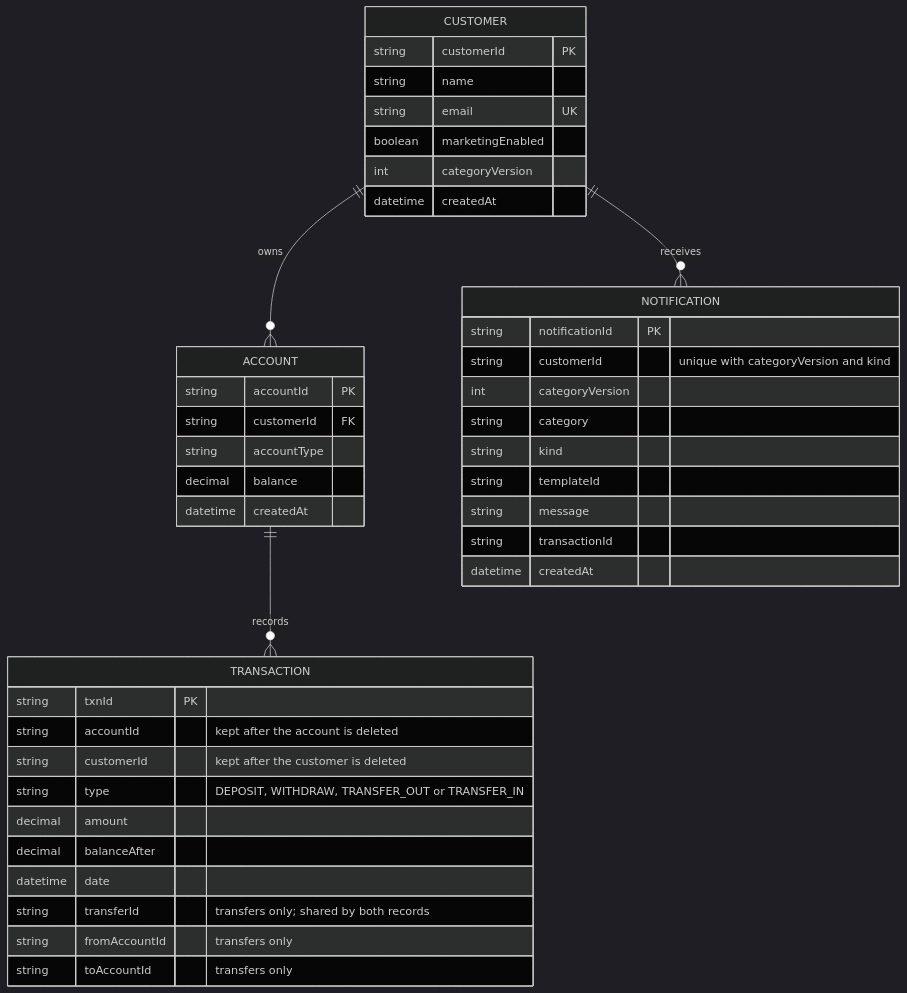
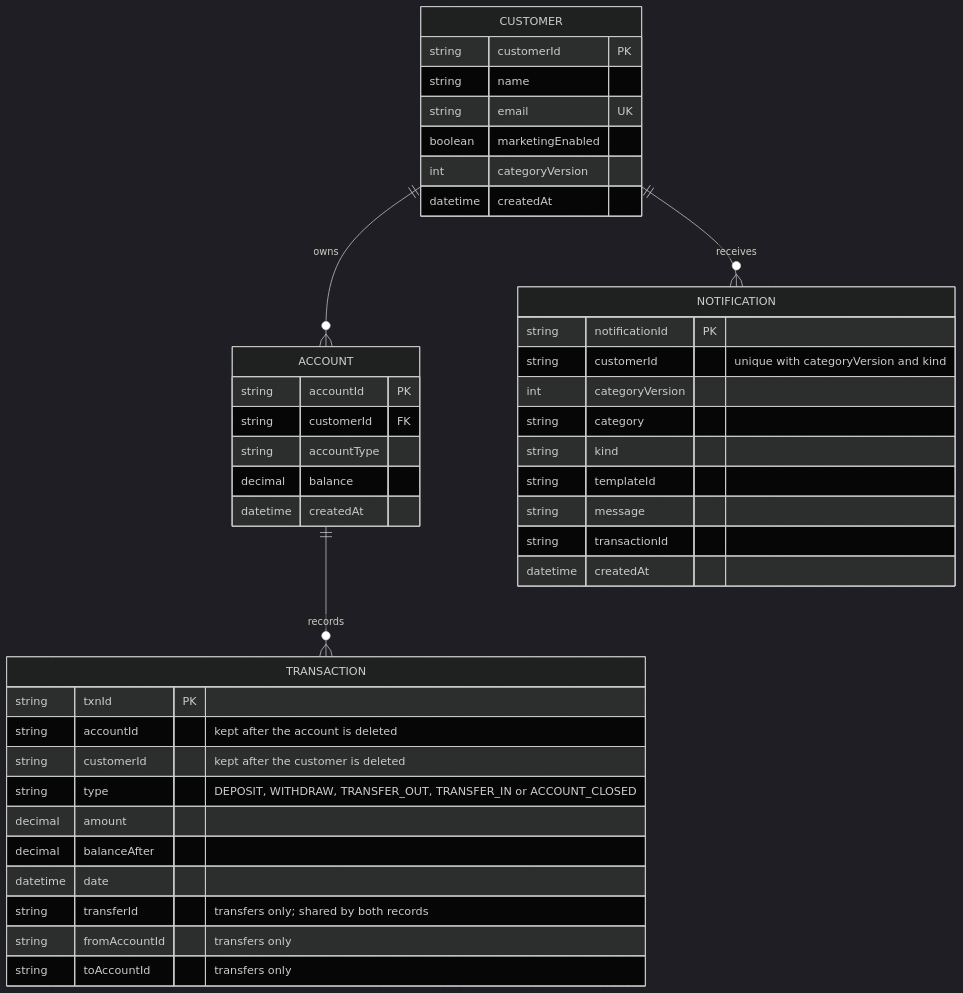
One commit to RootMoataz/Banking-App changed the first of 2 diagrams in docs/dependencies.md. Above: the diagram before and after it, drawn with Mermaid (dark theme). The commit also changed other lines of this file and 2 other files, not shown here.

````diff
--- a/docs/dependencies.md
+++ b/docs/dependencies.md
@@ -3,44 +3,44 @@
 ```mermaid
 erDiagram
     CUSTOMER ||--o{ ACCOUNT : owns
     ACCOUNT ||--o{ TRANSACTION : records
     CUSTOMER ||--o{ NOTIFICATION : receives
     CUSTOMER {
         string customerId PK
         string name
         string email UK
         boolean marketingEnabled
         int categoryVersion
         datetime createdAt
     }
     ACCOUNT {
         string accountId PK
         string customerId FK
         string accountType
         decimal balance
         datetime createdAt
     }
     TRANSACTION {
         string txnId PK
         string accountId "kept after the account is deleted"
         string customerId "kept after the customer is deleted"
-        string type "DEPOSIT, WITHDRAW, TRANSFER_OUT or TRANSFER_IN"
+        string type "DEPOSIT, WITHDRAW, TRANSFER_OUT, TRANSFER_IN or ACCOUNT_CLOSED"
         decimal amount
         decimal balanceAfter
         datetime date
         string transferId "transfers only; shared by both records"
         string fromAccountId "transfers only"
         string toAccountId "transfers only"
     }
     NOTIFICATION {
         string notificationId PK
         string customerId "unique with categoryVersion and kind"
         int categoryVersion
         string category
         string kind
         string templateId
         string message
         string transactionId
         datetime createdAt
     }
 ```
````
